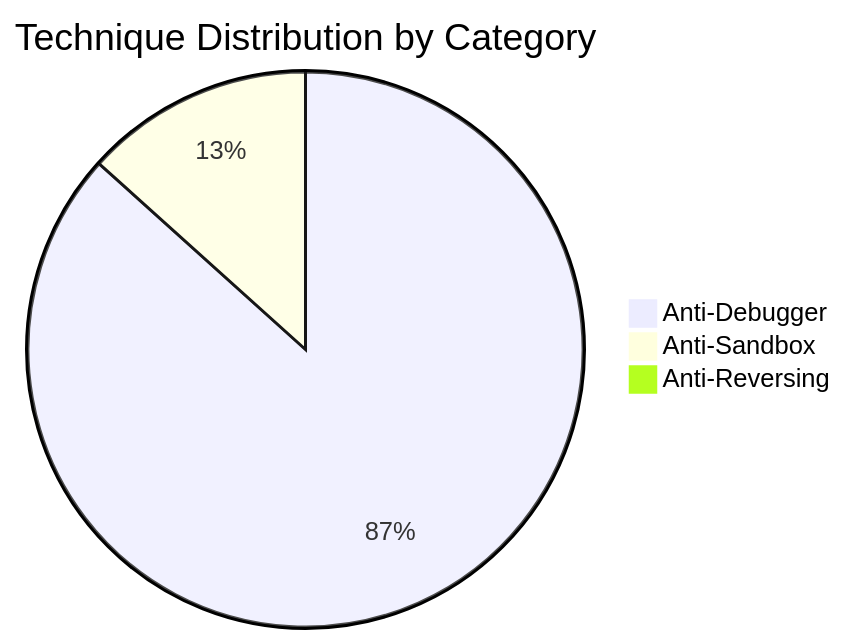
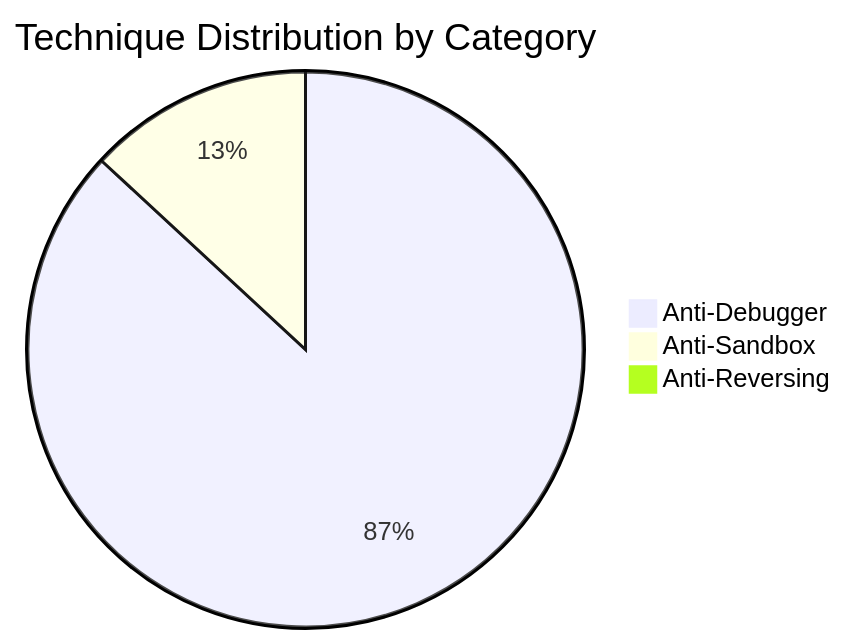
Before and after one commit to mabj/anti: the second of 8 diagrams in docs/diagrams/taxonomy.md, drawn with Mermaid. The commit also changed other lines of this file and 7 other files, not shown here.

````diff
--- a/docs/diagrams/taxonomy.md
+++ b/docs/diagrams/taxonomy.md
@@ -34,6 +34,6 @@
 ```mermaid
 pie title Technique Distribution by Category
-    "Anti-Debugger" : 52
+    "Anti-Debugger" : 53
     "Anti-Sandbox" : 8
     "Anti-Reversing" : 0
 ```
````
